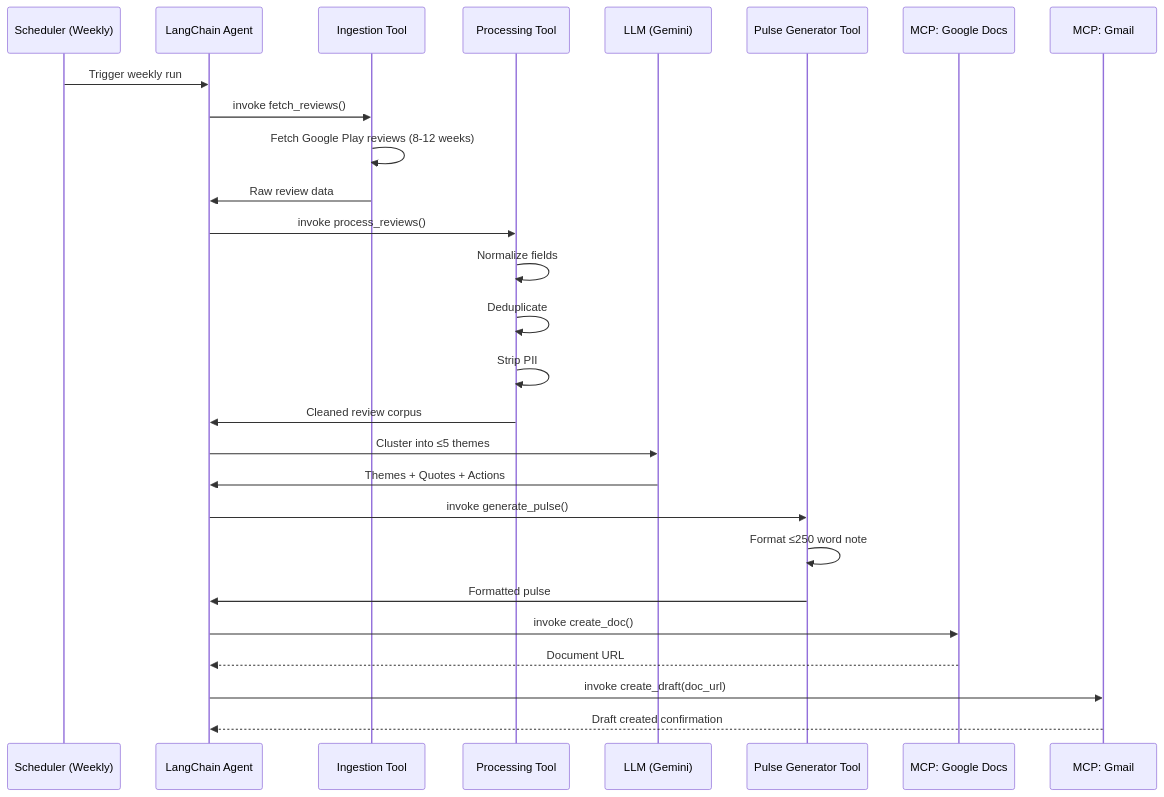
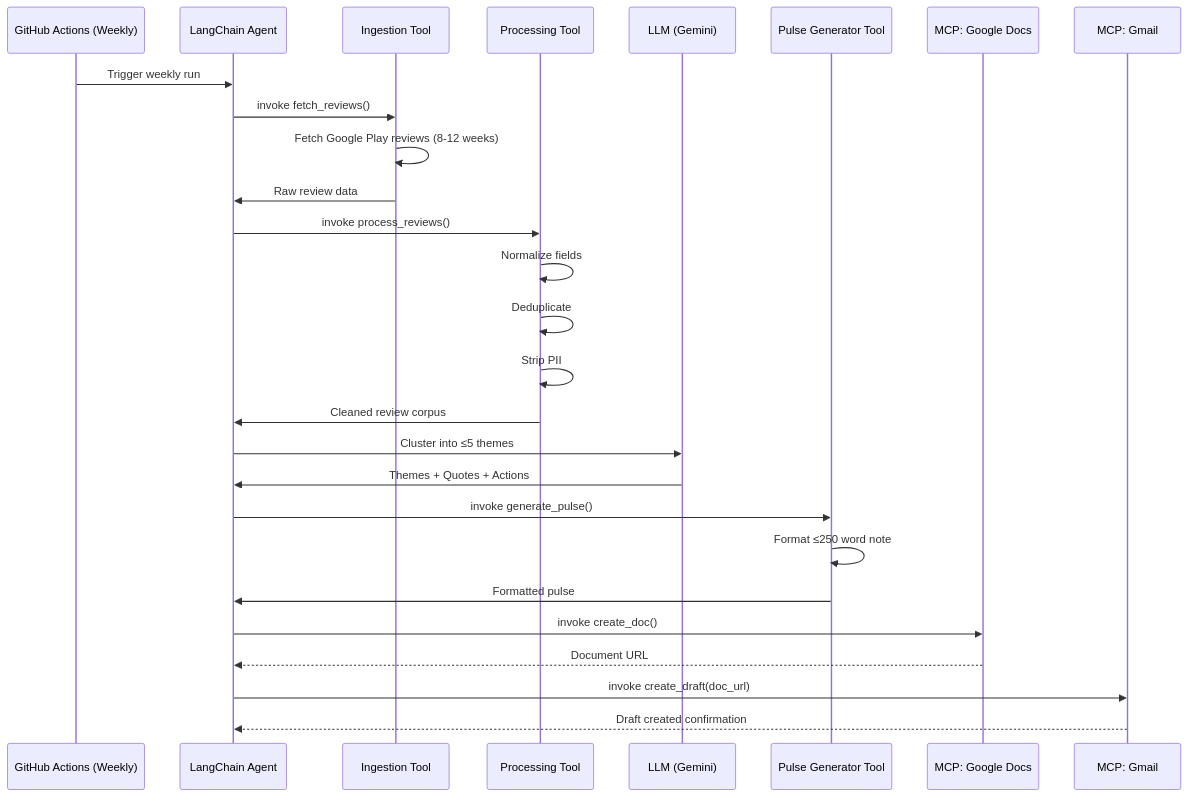
Before and after one commit to vishalpurswaniiift1719-png/AI-reviews-summarizer: the third of 3 diagrams in architecture.md, drawn with Mermaid. The commit also changed other lines of this file and 20 other files, not shown here.

Commit message:
feat: complete Phase 6-9 (MCP delivery, ReAct agent, GitHub scheduler)

````diff
--- a/architecture.md
+++ b/architecture.md
@@ -252,35 +252,35 @@
 ```mermaid
 sequenceDiagram
-    participant Cron as Scheduler (Weekly)
+    participant Cron as GitHub Actions (Weekly)
     participant Agent as LangChain Agent
     participant Ingest as Ingestion Tool
     participant Process as Processing Tool
     participant LLM as LLM (Gemini)
     participant Pulse as Pulse Generator Tool
     participant MCP_D as MCP: Google Docs
     participant MCP_G as MCP: Gmail
 
     Cron->>Agent: Trigger weekly run
     Agent->>Ingest: invoke fetch_reviews()
     Ingest->>Ingest: Fetch Google Play reviews (8-12 weeks)
     Ingest->>Agent: Raw review data
 
     Agent->>Process: invoke process_reviews()
     Process->>Process: Normalize fields
     Process->>Process: Deduplicate
     Process->>Process: Strip PII
     Process->>Agent: Cleaned review corpus
 
     Agent->>LLM: Cluster into ≤5 themes
     LLM->>Agent: Themes + Quotes + Actions
 
     Agent->>Pulse: invoke generate_pulse()
     Pulse->>Pulse: Format ≤250 word note
     Pulse->>Agent: Formatted pulse
 
     Agent->>MCP_D: invoke create_doc()
     MCP_D-->>Agent: Document URL
 
     Agent->>MCP_G: invoke create_draft(doc_url)
     MCP_G-->>Agent: Draft created confirmation
 ```
````
